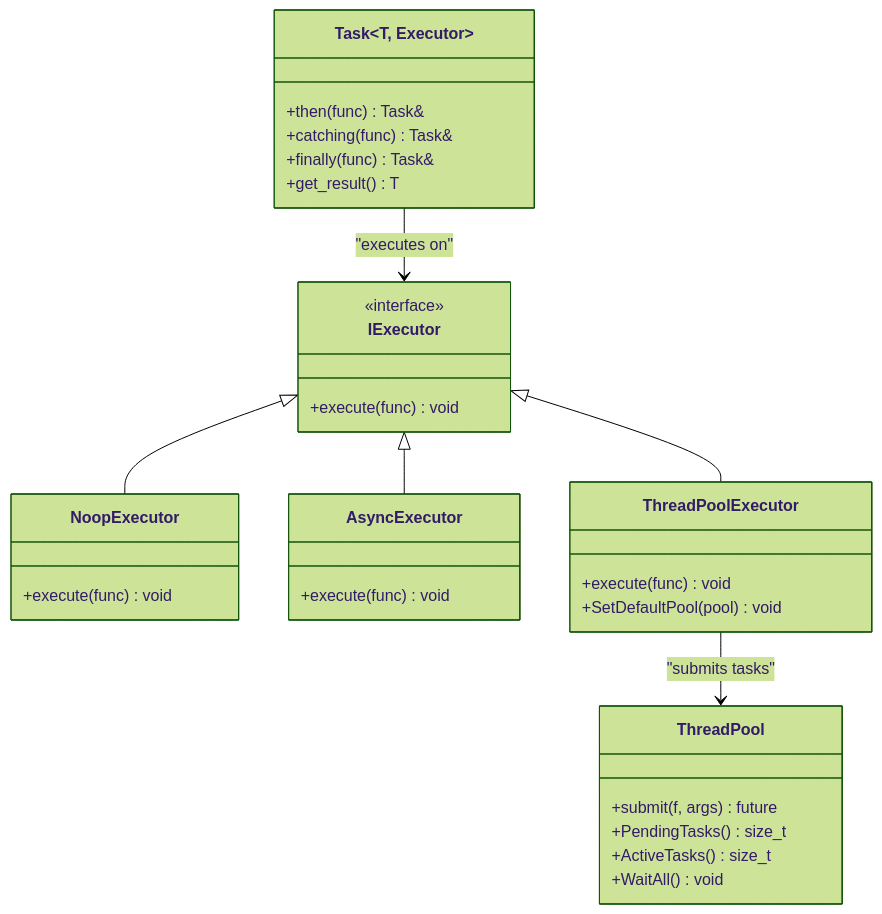
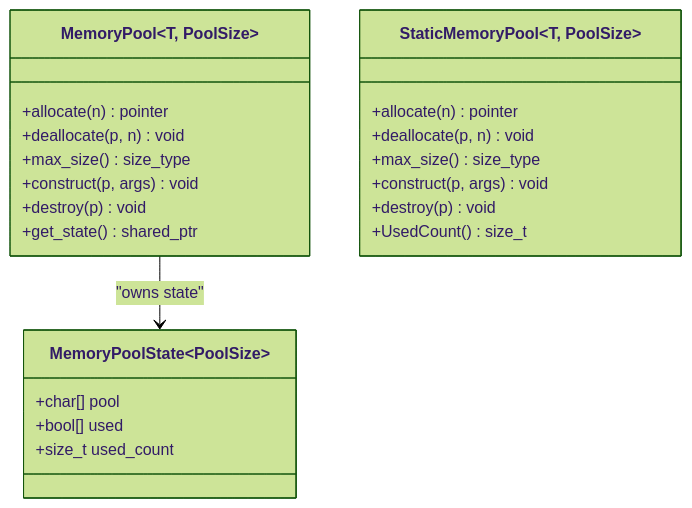
One commit to hsmbanlance/HsBaSlicer changed diagram 12 of 13 in .qoder/repowiki/en/content/Architecture Overview.md. Above: the diagram before and after it, drawn with Mermaid (forest theme). The commit also changed other lines of this file and 1095 other files, not shown here.

````diff
--- a/.qoder/repowiki/en/content/Architecture Overview.md
+++ b/.qoder/repowiki/en/content/Architecture Overview.md
@@ -484,34 +593,25 @@
 ```mermaid
 classDiagram
-class IExecutor {
-<<interface>>
-+execute(func) void
+class MemoryPoolState~PoolSize~ {
++char[] pool
++bool[] used
++size_t used_count
 }
-class NoopExecutor {
-+execute(func) void
+class MemoryPool~T, PoolSize~ {
++allocate(n) pointer
++deallocate(p, n) void
++max_size() size_type
++construct(p, args) void
++destroy(p) void
++get_state() shared_ptr
 }
-class AsyncExecutor {
-+execute(func) void
+class StaticMemoryPool~T, PoolSize~ {
++allocate(n) pointer
++deallocate(p, n) void
++max_size() size_type
++construct(p, args) void
++destroy(p) void
++UsedCount() size_t
 }
-class ThreadPoolExecutor {
-+execute(func) void
-+SetDefaultPool(pool) void
-}
-class ThreadPool {
-+submit(f, args) future
-+PendingTasks() size_t
-+ActiveTasks() size_t
-+WaitAll() void
-}
-class Task~T, Executor~ {
-+then(func) Task&
-+catching(func) Task&
-+finally(func) Task&
-+get_result() T
-}
-IExecutor <|-- NoopExecutor
-IExecutor <|-- AsyncExecutor
-IExecutor <|-- ThreadPoolExecutor
-ThreadPoolExecutor --> ThreadPool : "submits tasks"
-Task --> IExecutor : "executes on"
+MemoryPool --> MemoryPoolState : "owns state"
 ```
````
